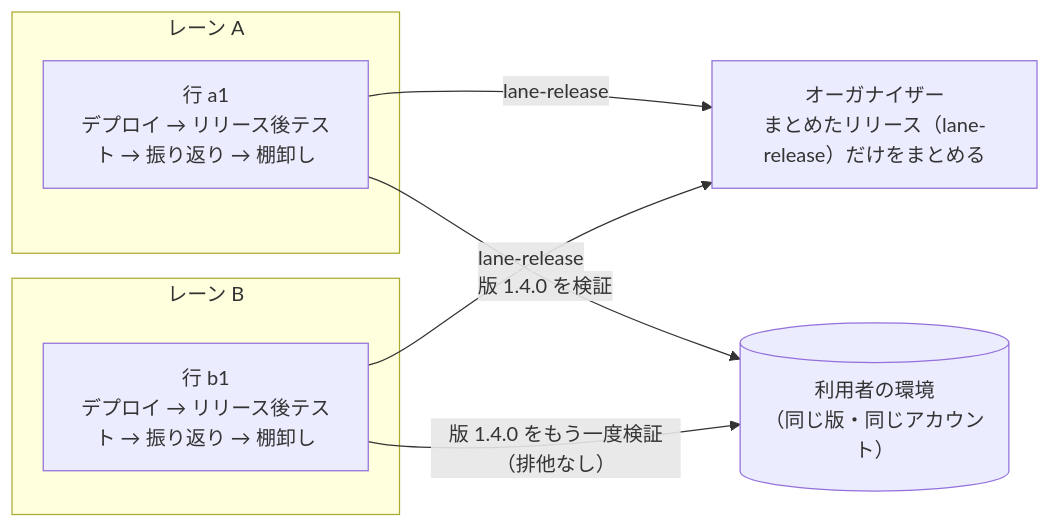
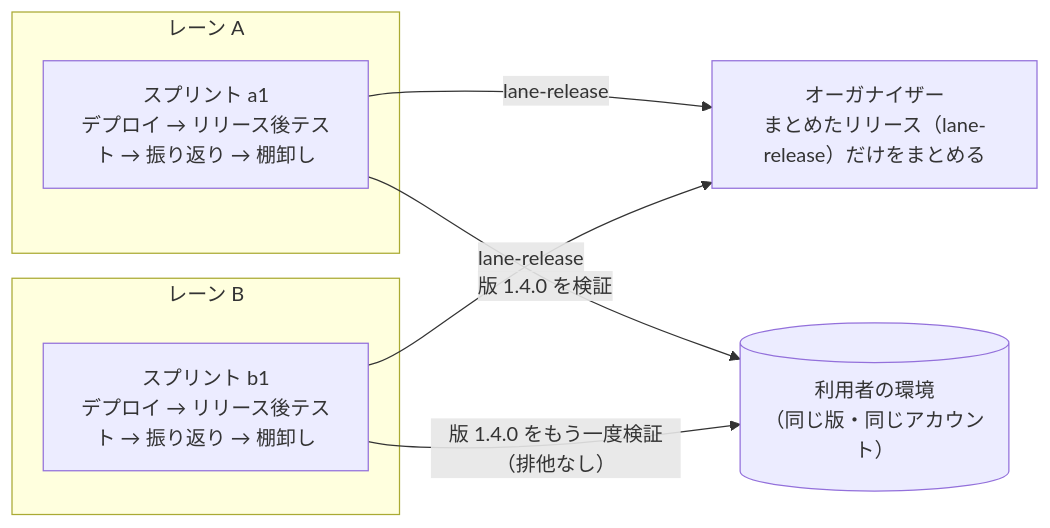
Before and after one commit to devbasex/ai-plugins: the first of 3 diagrams in issues/issue-4211-design.md, drawn with Mermaid. The commit also changed other lines of this file and 1 other file, not shown here.

First line of the commit message:
Docs: #4211 の設計で row を中身の名前（スプリント・開発ループ・まとめた検証）か「レーンの作業」と書く（設計承認ゲートの回答）

````diff
--- a/issues/issue-4211-design.md
+++ b/issues/issue-4211-design.md
@@ -9,15 +9,15 @@
 ```mermaid
 flowchart LR
   subgraph L1["レーン A"]
-    A["行 a1<br>デプロイ → リリース後テスト → 振り返り → 棚卸し"]
+    A["スプリント a1<br>デプロイ → リリース後テスト → 振り返り → 棚卸し"]
   end
   subgraph L2["レーン B"]
-    B["行 b1<br>デプロイ → リリース後テスト → 振り返り → 棚卸し"]
+    B["スプリント b1<br>デプロイ → リリース後テスト → 振り返り → 棚卸し"]
   end
   O["オーガナイザー<br>まとめたリリース（lane-release）だけをまとめる"]
   E[("利用者の環境<br>（同じ版・同じアカウント）")]
   A -- "lane-release" --> O
   B -- "lane-release" --> O
   A -- "版 1.4.0 を検証" --> E
   B -- "版 1.4.0 をもう一度検証（排他なし）" --> E
 ```
````
